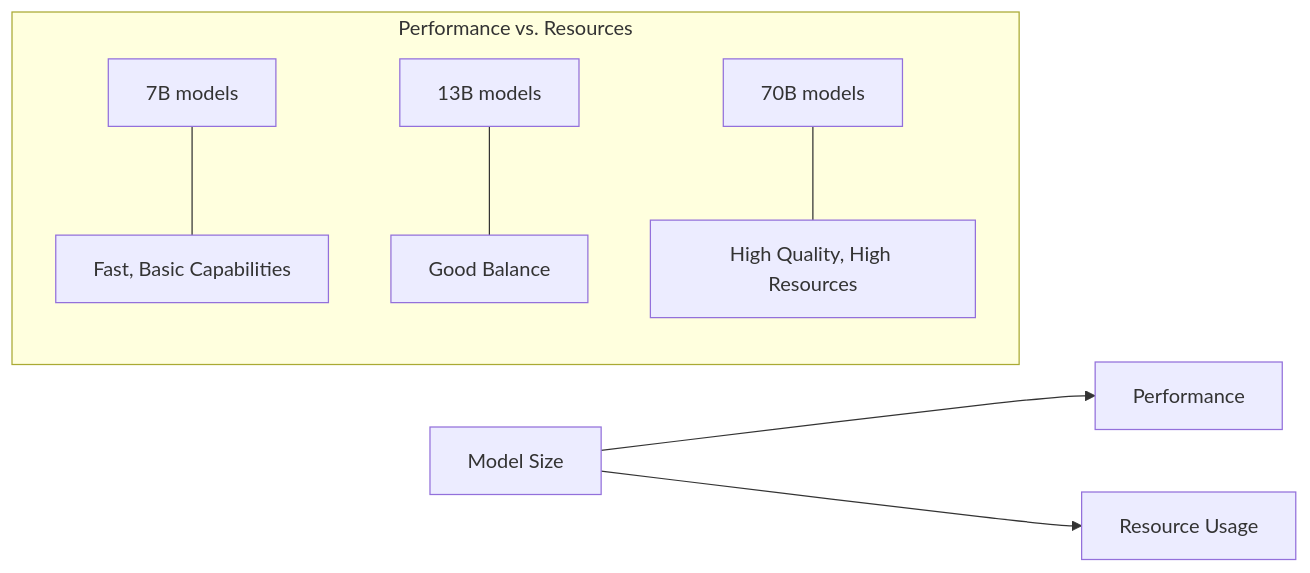
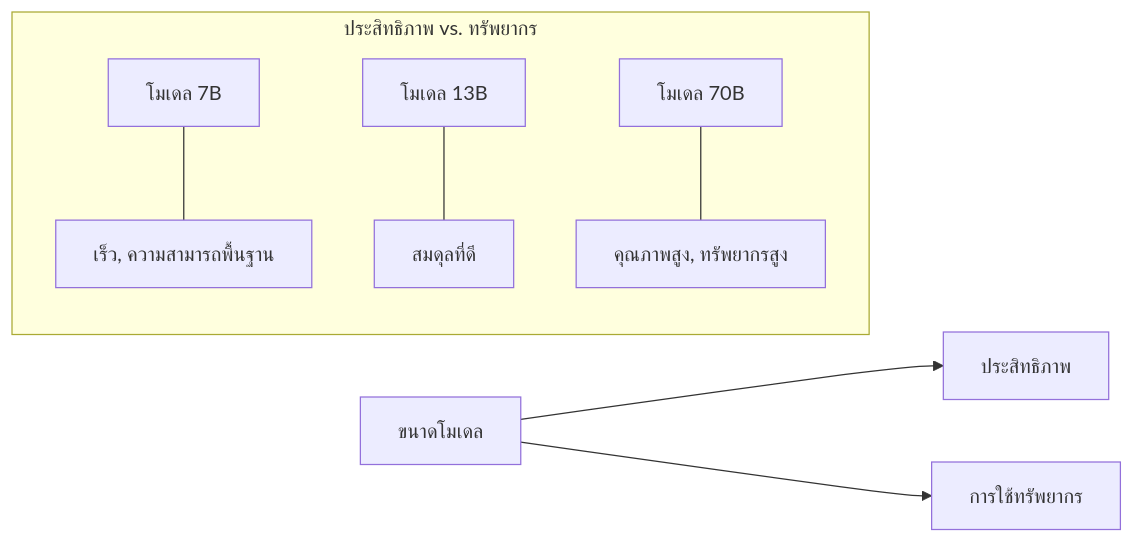
The second of 2 diagrams in chapters/04-local-model.md (racksync/workshop-ai), drawn with Mermaid before and after one commit. The commit also changed other lines of this file and 4 other files, not shown here.

Commit message:
Refactor workshop chapters: update images, enhance content, and add diagrams for clarity

````diff
--- a/chapters/04-local-model.md
+++ b/chapters/04-local-model.md
@@ -122,11 +122,11 @@
 ```mermaid
 graph LR
-    A[Model Size] --> B[Performance]
-    A --> C[Resource Usage]
+    A[ขนาดโมเดล] --> B[ประสิทธิภาพ]
+    A --> C[การใช้ทรัพยากร]
     
-    subgraph "Performance vs. Resources"
-    D[7B models] --- E[Fast, Basic Capabilities]
-    F[13B models] --- G[Good Balance]
-    H[70B models] --- I[High Quality, High Resources]
+    subgraph "ประสิทธิภาพ vs. ทรัพยากร"
+    D[โมเดล 7B] --- E[เร็ว, ความสามารถพื้นฐาน]
+    F[โมเดล 13B] --- G[สมดุลที่ดี]
+    H[โมเดล 70B] --- I[คุณภาพสูง, ทรัพยากรสูง]
     end
 ```
````
